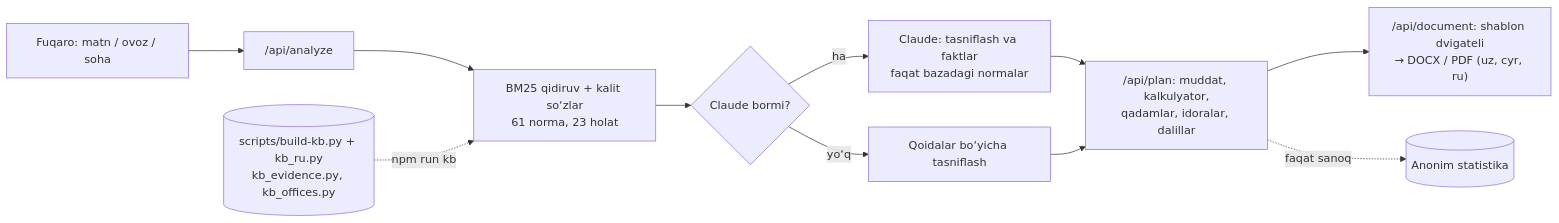
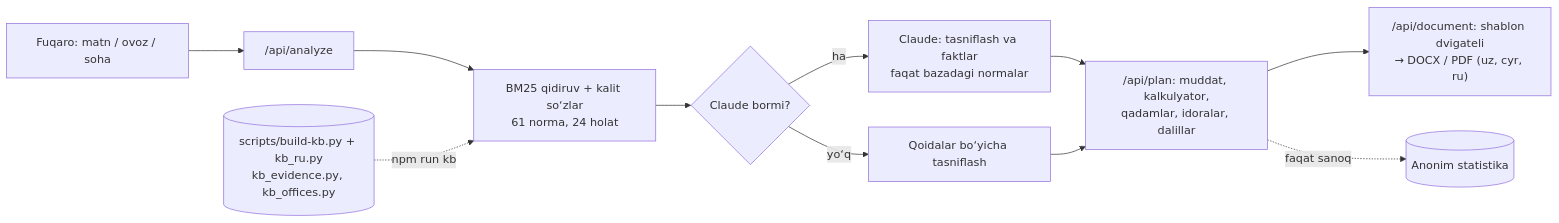
The diagram in README.md (GiyosjonJumayev/huquqyol), drawn with Mermaid before and after one commit. The commit also changed other lines of this file and 2 other files, not shown here.

````diff
--- a/README.md
+++ b/README.md
@@ -47,13 +47,13 @@
 ```mermaid
 flowchart LR
   U[Fuqaro: matn / ovoz / soha] --> A["/api/analyze"]
-  A --> R[BM25 qidiruv + kalit so‘zlar<br/>61 norma, 23 holat]
+  A --> R[BM25 qidiruv + kalit so‘zlar<br/>61 norma, 24 holat]
   R --> C{Claude bormi?}
   C -- ha --> AI[Claude: tasniflash va faktlar<br/>faqat bazadagi normalar]
   C -- yo‘q --> RU[Qoidalar bo‘yicha tasniflash]
   AI --> P["/api/plan: muddat, kalkulyator,<br/>qadamlar, idoralar, dalillar"]
   RU --> P
   P --> D["/api/document: shablon dvigateli<br/>→ DOCX / PDF (uz, cyr, ru)"]
   KB[(scripts/build-kb.py + kb_ru.py<br/>kb_evidence.py, kb_offices.py)] -. npm run kb .-> R
   P -. faqat sanoq .-> S[(Anonim statistika)]
 ```
````
